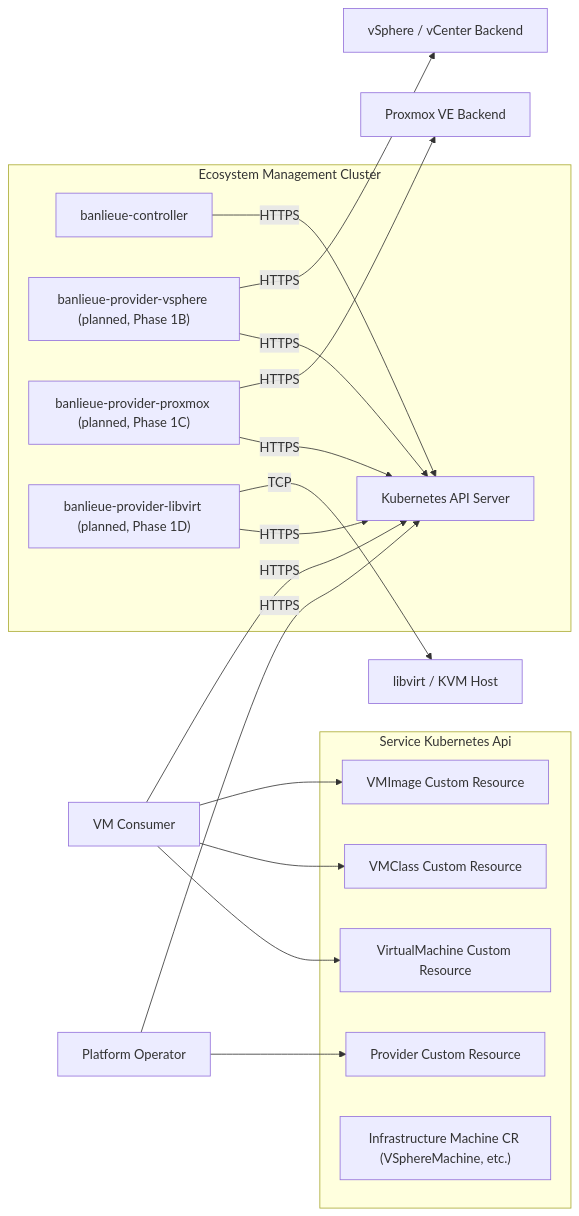
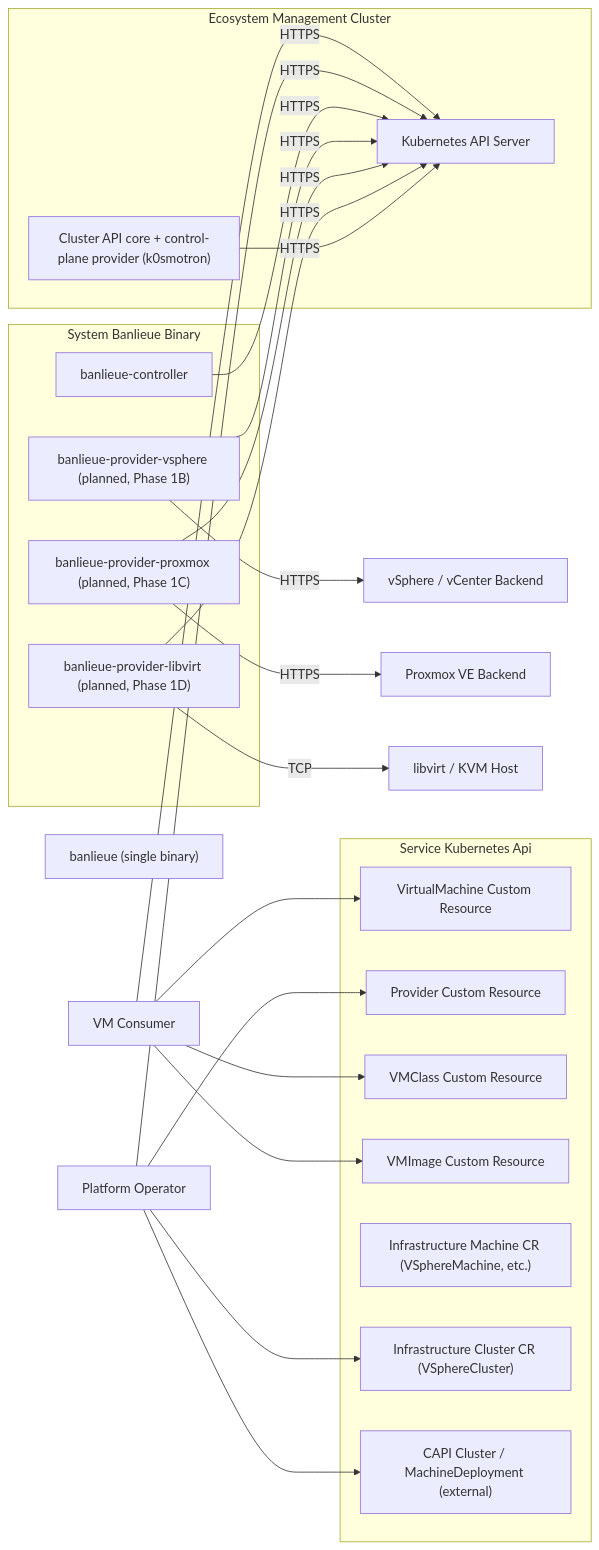
The diagram in docs/src/architecture/system.md (firestoned/banlieue), drawn with Mermaid before and after one commit. The commit also changed 125 other files, not shown here.

Commit message:
Massive phase 2 changes that adds support for vSphere controller and a single binay (#3)

````diff
--- a/docs/src/architecture/system.md
+++ b/docs/src/architecture/system.md
@@ -22,45 +22,61 @@
 ```mermaid
 flowchart LR
     actor-vm-consumer["VM Consumer"]
     actor-platform-operator["Platform Operator"]
     service-kubernetes-api["Kubernetes API Server"]
     service-banlieue-controller["banlieue-controller"]
     service-provider-vsphere["banlieue-provider-vsphere (planned, Phase 1B)"]
     service-provider-proxmox["banlieue-provider-proxmox (planned, Phase 1C)"]
     service-provider-libvirt["banlieue-provider-libvirt (planned, Phase 1D)"]
+    system-banlieue-binary["banlieue (single binary)"]
     network-vsphere-backend["vSphere / vCenter Backend"]
     network-proxmox-backend["Proxmox VE Backend"]
     network-libvirt-backend["libvirt / KVM Host"]
     data-asset-virtualmachine-cr["VirtualMachine Custom Resource"]
     data-asset-provider-cr["Provider Custom Resource"]
     data-asset-vmclass-cr["VMClass Custom Resource"]
     data-asset-vmimage-cr["VMImage Custom Resource"]
     data-asset-infra-machine-cr["Infrastructure Machine CR (VSphereMachine, etc.)"]
+    data-asset-infra-cluster-cr["Infrastructure Cluster CR (VSphereCluster)"]
+    data-asset-capi-cluster-cr["CAPI Cluster / MachineDeployment (external)"]
+    service-capi-core["Cluster API core + control-plane provider (k0smotron)"]
+    subgraph sg_system-banlieue-binary [System Banlieue Binary]
+        service-banlieue-controller
+        service-provider-vsphere
+        service-provider-proxmox
+        service-provider-libvirt
+    end
     subgraph sg_ecosystem-management-cluster [Ecosystem Management Cluster]
         service-banlieue-controller
         service-kubernetes-api
+        service-capi-core
         service-provider-vsphere
         service-provider-proxmox
         service-provider-libvirt
     end
     subgraph sg_service-kubernetes-api [Service Kubernetes Api]
         data-asset-virtualmachine-cr
         data-asset-provider-cr
         data-asset-vmclass-cr
         data-asset-vmimage-cr
         data-asset-infra-machine-cr
+        data-asset-infra-cluster-cr
+        data-asset-capi-cluster-cr
     end
     actor-vm-consumer --> data-asset-virtualmachine-cr
     actor-vm-consumer --> data-asset-vmclass-cr
     actor-vm-consumer --> data-asset-vmimage-cr
     actor-platform-operator --> data-asset-provider-cr
+    actor-platform-operator --> data-asset-capi-cluster-cr
+    actor-platform-operator --> data-asset-infra-cluster-cr
     actor-vm-consumer -->|HTTPS| service-kubernetes-api
     actor-platform-operator -->|HTTPS| service-kubernetes-api
     service-banlieue-controller -->|HTTPS| service-kubernetes-api
     service-provider-vsphere -->|HTTPS| service-kubernetes-api
     service-provider-proxmox -->|HTTPS| service-kubernetes-api
     service-provider-libvirt -->|HTTPS| service-kubernetes-api
+    service-capi-core -->|HTTPS| service-kubernetes-api
     service-provider-vsphere -->|HTTPS| network-vsphere-backend
     service-provider-proxmox -->|HTTPS| network-proxmox-backend
     service-provider-libvirt -->|TCP| network-libvirt-backend
 ```
````
